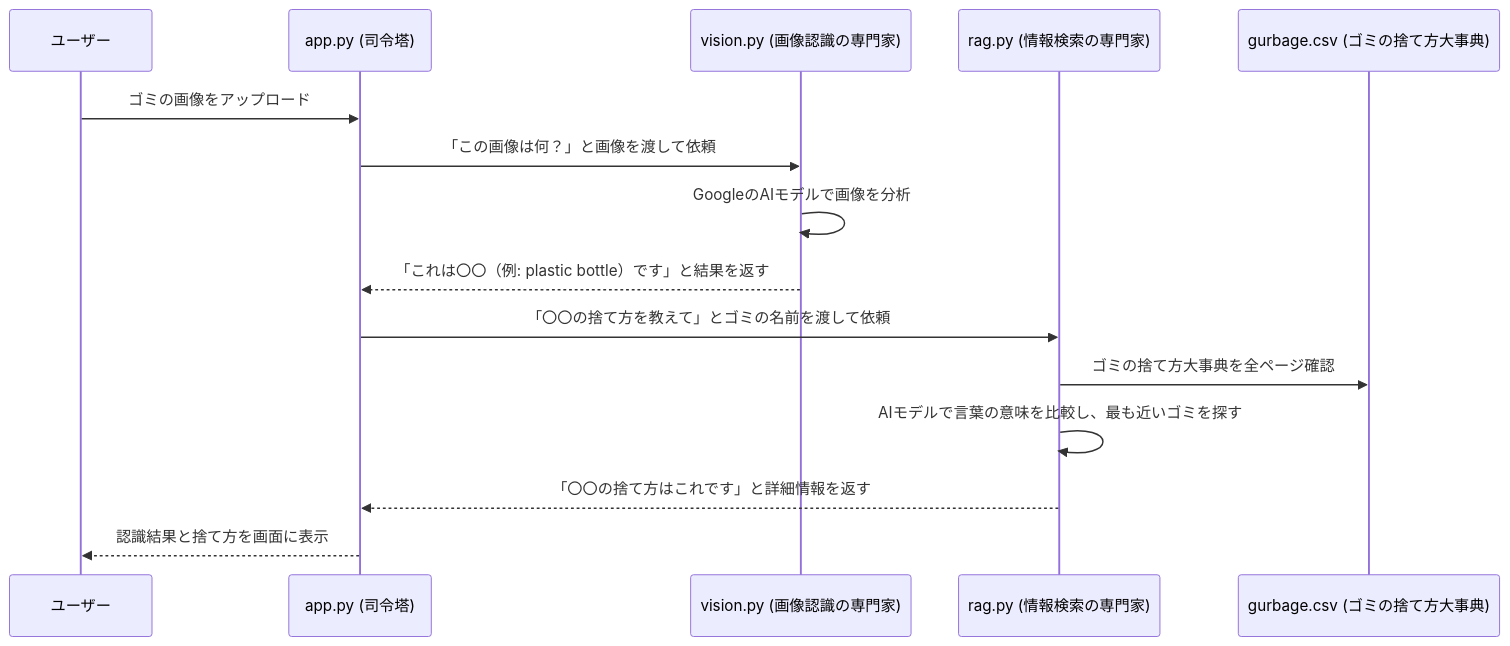
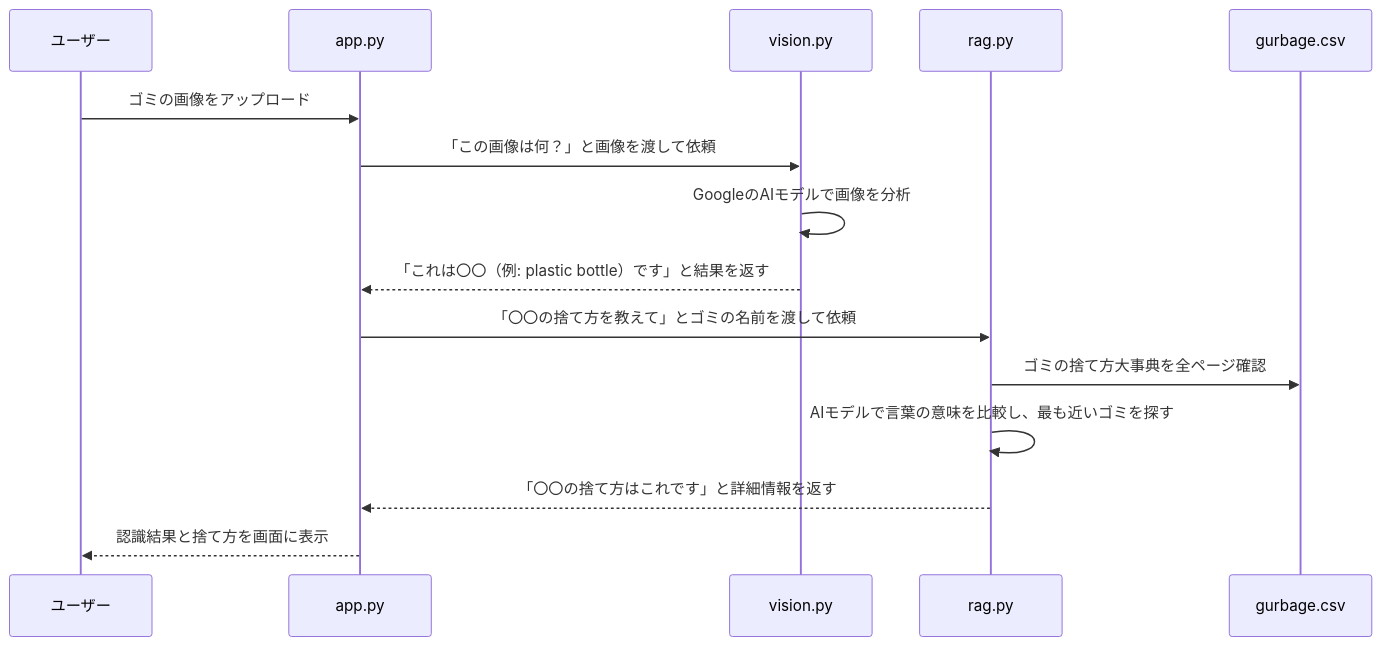
Before and after one commit to Kazu-takahashi1213/waste_llm: the diagram in README.md, drawn with Mermaid.

````diff
--- a/README.md
+++ b/README.md
@@ -27,18 +27,18 @@
 ```mermaid
 sequenceDiagram
     participant User as ユーザー
-    participant App as app.py (司令塔)
-    participant Vision as vision.py (画像認識の専門家)
-    participant RAG as rag.py (情報検索の専門家)
-    participant CSV as gurbage.csv (ゴミの捨て方大事典)
+    participant App as app.py
+    participant Vision as vision.py
+    participant RAG as rag.py
+    participant CSV as gurbage.csv
 
     User->>App: ゴミの画像をアップロード
     App->>Vision: 「この画像は何？」と画像を渡して依頼
     Vision->>Vision: GoogleのAIモデルで画像を分析
     Vision-->>App: 「これは〇〇（例: plastic bottle）です」と結果を返す
     App->>RAG: 「〇〇の捨て方を教えて」とゴミの名前を渡して依頼
     RAG->>CSV: ゴミの捨て方大事典を全ページ確認
     RAG->>RAG: AIモデルで言葉の意味を比較し、最も近いゴミを探す
     RAG-->>App: 「〇〇の捨て方はこれです」と詳細情報を返す
     App-->>User: 認識結果と捨て方を画面に表示
 ```
````
